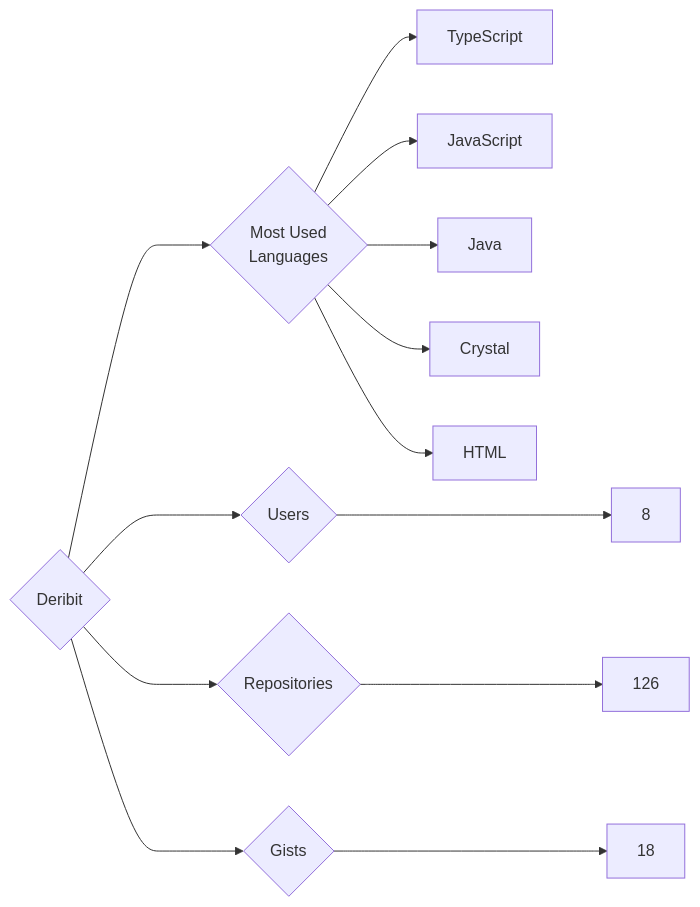
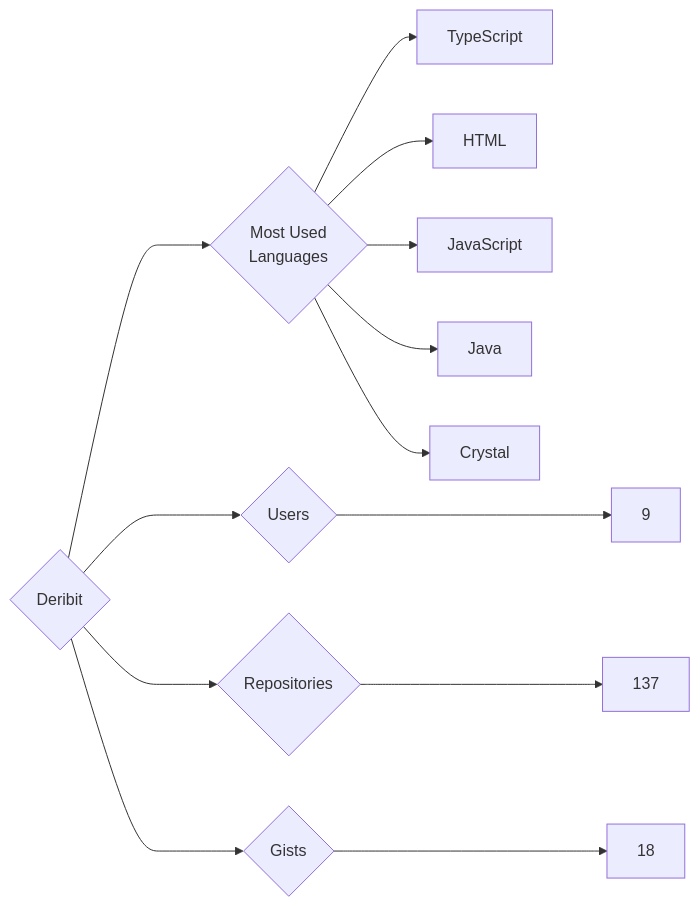
One commit to trickest/insiders changed the diagram in targets/Deribit/README.md. Above: the diagram before and after it, drawn with Mermaid. The commit also changed 912 other files, not shown here.

````diff
--- a/targets/Deribit/README.md
+++ b/targets/Deribit/README.md
@@ -3,13 +3,13 @@
 ```mermaid
 graph LR
 COMPANY_NAME{Deribit}
-COMPANY_NAME ---> U{Users} ---> UN[8]
-COMPANY_NAME ---> R{Repositories} ---> RN[126]
+COMPANY_NAME ---> U{Users} ---> UN[9]
+COMPANY_NAME ---> R{Repositories} ---> RN[137]
 COMPANY_NAME ---> G{Gists} ---> GN[18]
 COMPANY_NAME ---> ML{Most Used<br>Languages}
 ML --> TypeScript[TypeScript]
+ML --> HTML[HTML]
 ML --> JavaScript[JavaScript]
 ML --> Java[Java]
 ML --> Crystal[Crystal]
-ML --> HTML[HTML]
 ```
````
